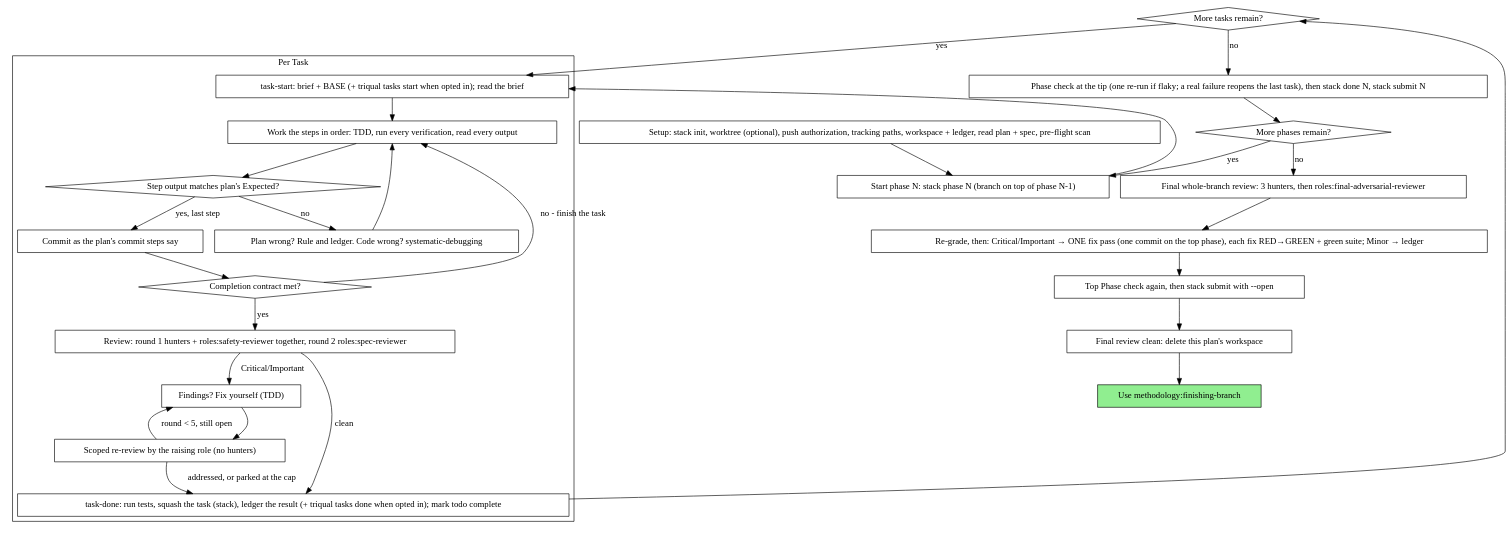
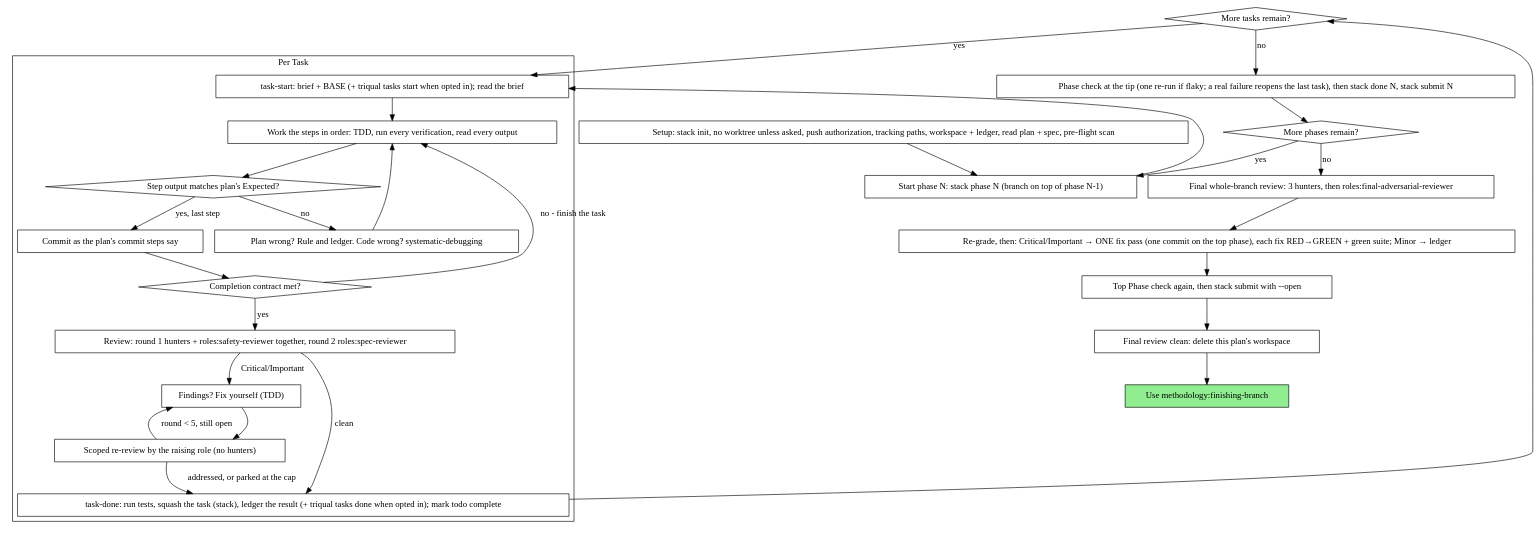
One commit to Montinou/triqual changed the diagram in plugins/methodology/skills/executing-plans/SKILL.md. Above: the diagram before and after it, drawn with Graphviz. The commit also changed other lines of this file and 12 other files, not shown here.

````diff
--- a/plugins/methodology/skills/executing-plans/SKILL.md
+++ b/plugins/methodology/skills/executing-plans/SKILL.md
@@ -74,56 +74,56 @@
 ```dot
 digraph process {
     rankdir=TB;
 
     subgraph cluster_per_task {
         label="Per Task";
         "task-start: brief + BASE (+ triqual tasks start when opted in); read the brief" [shape=box];
         "Work the steps in order: TDD, run every verification, read every output" [shape=box];
         "Step output matches plan's Expected?" [shape=diamond];
         "Plan wrong? Rule and ledger. Code wrong? systematic-debugging" [shape=box];
         "Commit as the plan's commit steps say" [shape=box];
         "Completion contract met?" [shape=diamond];
         "Review: round 1 hunters + roles:safety-reviewer together, round 2 roles:spec-reviewer" [shape=box];
         "Findings? Fix yourself (TDD)" [shape=box];
         "Scoped re-review by the raising role (no hunters)" [shape=box];
         "task-done: run tests, squash the task (stack), ledger the result (+ triqual tasks done when opted in); mark todo complete" [shape=box];
     }
 
-    "Setup: stack init, worktree (optional), push authorization, tracking paths, workspace + ledger, read plan + spec, pre-flight scan" [shape=box];
+    "Setup: stack init, no worktree unless asked, push authorization, tracking paths, workspace + ledger, read plan + spec, pre-flight scan" [shape=box];
     "Start phase N: stack phase N (branch on top of phase N-1)" [shape=box];
     "More tasks remain?" [shape=diamond];
     "Phase check at the tip (one re-run if flaky; a real failure reopens the last task), then stack done N, stack submit N" [shape=box];
     "More phases remain?" [shape=diamond];
     "Final whole-branch review: 3 hunters, then roles:final-adversarial-reviewer" [shape=box];
     "Re-grade, then: Critical/Important → ONE fix pass (one commit on the top phase), each fix RED→GREEN + green suite; Minor → ledger" [shape=box];
     "Top Phase check again, then stack submit with --open" [shape=box];
     "Final review clean: delete this plan's workspace" [shape=box];
     "Use methodology:finishing-branch" [shape=box style=filled fillcolor=lightgreen];
 
-    "Setup: stack init, worktree (optional), push authorization, tracking paths, workspace + ledger, read plan + spec, pre-flight scan" -> "Start phase N: stack phase N (branch on top of phase N-1)";
+    "Setup: stack init, no worktree unless asked, push authorization, tracking paths, workspace + ledger, read plan + spec, pre-flight scan" -> "Start phase N: stack phase N (branch on top of phase N-1)";
     "Start phase N: stack phase N (branch on top of phase N-1)" -> "task-start: brief + BASE (+ triqual tasks start when opted in); read the brief";
     "task-start: brief + BASE (+ triqual tasks start when opted in); read the brief" -> "Work the steps in order: TDD, run every verification, read every output";
     "Work the steps in order: TDD, run every verification, read every output" -> "Step output matches plan's Expected?";
     "Step output matches plan's Expected?" -> "Plan wrong? Rule and ledger. Code wrong? systematic-debugging" [label="no"];
     "Plan wrong? Rule and ledger. Code wrong? systematic-debugging" -> "Work the steps in order: TDD, run every verification, read every output";
     "Step output matches plan's Expected?" -> "Commit as the plan's commit steps say" [label="yes, last step"];
     "Commit as the plan's commit steps say" -> "Completion contract met?";
     "Completion contract met?" -> "Work the steps in order: TDD, run every verification, read every output" [label="no - finish the task"];
     "Completion contract met?" -> "Review: round 1 hunters + roles:safety-reviewer together, round 2 roles:spec-reviewer" [label="yes"];
     "Review: round 1 hunters + roles:safety-reviewer together, round 2 roles:spec-reviewer" -> "Findings? Fix yourself (TDD)" [label="Critical/Important"];
     "Findings? Fix yourself (TDD)" -> "Scoped re-review by the raising role (no hunters)";
     "Scoped re-review by the raising role (no hunters)" -> "Findings? Fix yourself (TDD)" [label="round < 5, still open"];
     "Scoped re-review by the raising role (no hunters)" -> "task-done: run tests, squash the task (stack), ledger the result (+ triqual tasks done when opted in); mark todo complete" [label="addressed, or parked at the cap"];
     "Review: round 1 hunters + roles:safety-reviewer together, round 2 roles:spec-reviewer" -> "task-done: run tests, squash the task (stack), ledger the result (+ triqual tasks done when opted in); mark todo complete" [label="clean"];
     "task-done: run tests, squash the task (stack), ledger the result (+ triqual tasks done when opted in); mark todo complete" -> "More tasks remain?";
     "More tasks remain?" -> "task-start: brief + BASE (+ triqual tasks start when opted in); read the brief" [label="yes"];
     "More tasks remain?" -> "Phase check at the tip (one re-run if flaky; a real failure reopens the last task), then stack done N, stack submit N" [label="no"];
     "Phase check at the tip (one re-run if flaky; a real failure reopens the last task), then stack done N, stack submit N" -> "More phases remain?";
     "More phases remain?" -> "Start phase N: stack phase N (branch on top of phase N-1)" [label="yes"];
     "More phases remain?" -> "Final whole-branch review: 3 hunters, then roles:final-adversarial-reviewer" [label="no"];
     "Final whole-branch review: 3 hunters, then roles:final-adversarial-reviewer" -> "Re-grade, then: Critical/Important → ONE fix pass (one commit on the top phase), each fix RED→GREEN + green suite; Minor → ledger";
     "Re-grade, then: Critical/Important → ONE fix pass (one commit on the top phase), each fix RED→GREEN + green suite; Minor → ledger" -> "Top Phase check again, then stack submit with --open";
     "Top Phase check again, then stack submit with --open" -> "Final review clean: delete this plan's workspace";
     "Final review clean: delete this plan's workspace" -> "Use methodology:finishing-branch";
 }
 ```
````
